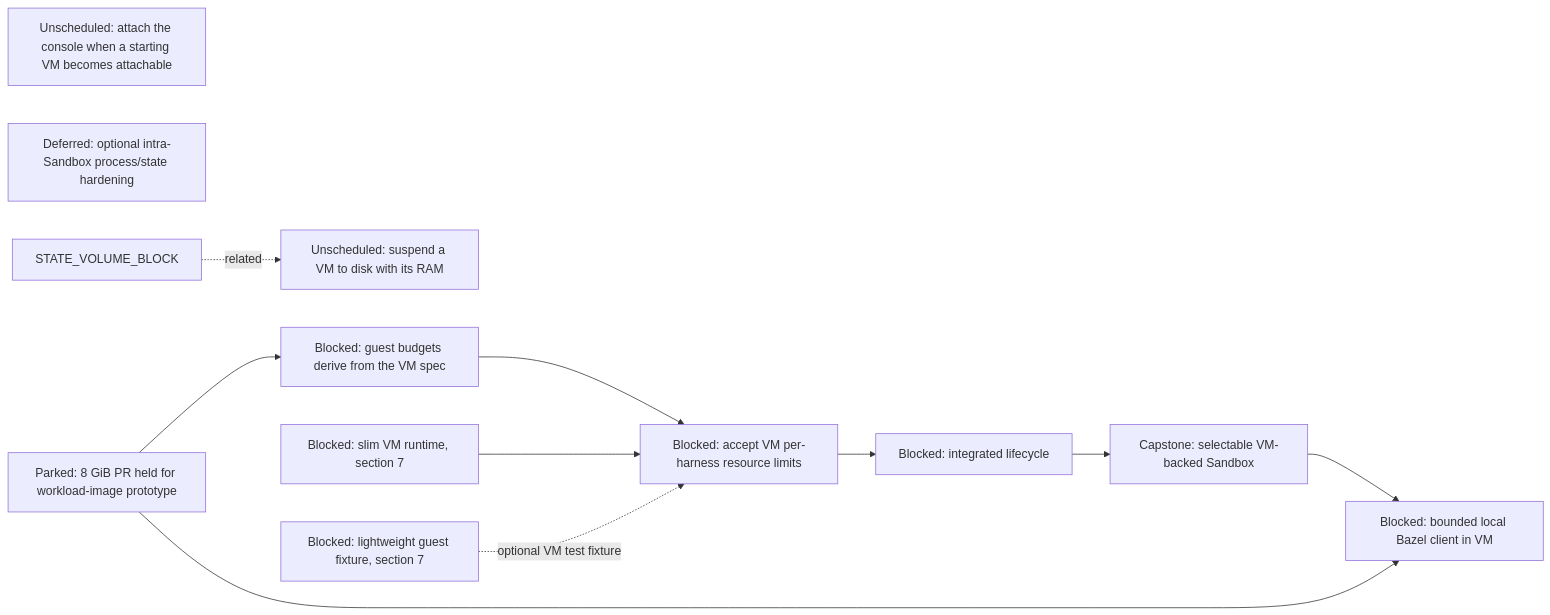
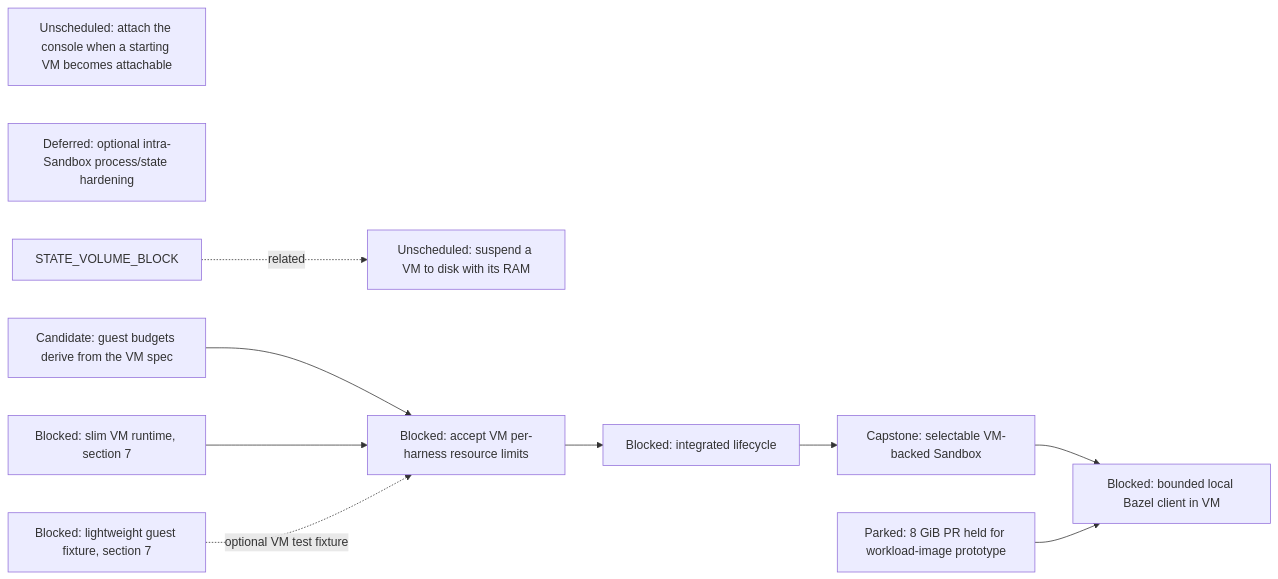
The sixth of 16 diagrams in agentplane/plans/task_dag.md (agentydragon-agent/ducktape), drawn with Mermaid before and after one commit. The commit also changed other lines of this file and 8 other files, not shown here.

````diff
--- a/agentplane/plans/task_dag.md
+++ b/agentplane/plans/task_dag.md
@@ -689,21 +697,20 @@
 ```mermaid
 flowchart LR
     VM_RAM_SUSPEND[Unscheduled: suspend a VM to disk with its RAM]
     VM_CONSOLE_DEFERRED_ATTACH[Unscheduled: attach the console when a starting VM becomes attachable]
     VM_HARNESS_RESOURCE_LIMITS[Blocked: accept VM per-harness resource limits]
     VM_INTRA_SANDBOX_HARDENING[Deferred: optional intra-Sandbox process/state hardening]
     RUNNER_LAYERING_VM[Blocked: slim VM runtime, section 7]
     K3S_VM_IMAGE[Blocked: lightweight guest fixture, section 7]
     VM_LIFECYCLE[Blocked: integrated lifecycle]
     STATE_VOLUME_BLOCK -. related .-> VM_RAM_SUSPEND
     VM_HARNESS_RESOURCE_LIMITS --> VM_LIFECYCLE
     VM_GUEST_BUDGET_DERIVE --> VM_HARNESS_RESOURCE_LIMITS
     RUNNER_LAYERING_VM --> VM_HARNESS_RESOURCE_LIMITS
     K3S_VM_IMAGE -. optional VM test fixture .-> VM_HARNESS_RESOURCE_LIMITS
     VM_LIFECYCLE --> SANDBOX_VM_ISOLATION[Capstone: selectable VM-backed Sandbox]
     VM_GUEST_MEMORY[Parked: 8 GiB PR held for workload-image prototype]
-    VM_GUEST_BUDGET_DERIVE[Blocked: guest budgets derive from the VM spec]
-    VM_GUEST_MEMORY --> VM_GUEST_BUDGET_DERIVE
+    VM_GUEST_BUDGET_DERIVE[Candidate: guest budgets derive from the VM spec]
     SANDBOX_VM_ISOLATION --> LOCAL_BAZEL[Blocked: bounded local Bazel client in VM]
     VM_GUEST_MEMORY --> LOCAL_BAZEL
 ```
````
